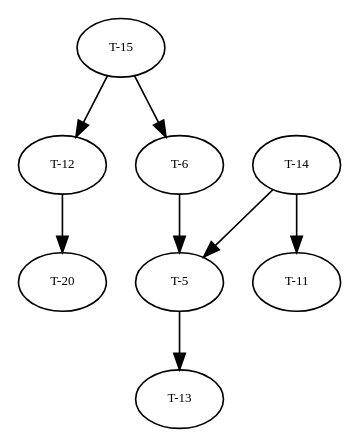
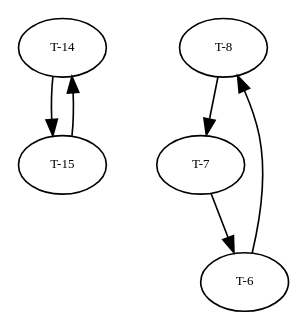
One commit to amso100/livescript-declarations changed the diagram in graphs/dg.dot. Above: the diagram before and after it, drawn with Graphviz. The commit also changed 6 other files, not shown here.

```diff
--- a/graphs/dg.dot
+++ b/graphs/dg.dot
@@ -1,69 +1,46 @@
 digraph RGL__DirectedAdjacencyGraph {
-    "T-12" [
+    "T-14" [
         fontsize = 8,
-        label = "T-12"
-    ]
-
-    "T-20" [
-        fontsize = 8,
-        label = "T-20"
+        label = "T-14"
     ]
 
     "T-15" [
         fontsize = 8,
         label = "T-15"
     ]
 
-    "T-14" [
+    "T-8" [
         fontsize = 8,
-        label = "T-14"
+        label = "T-8"
     ]
 
-    "T-11" [
+    "T-7" [
         fontsize = 8,
-        label = "T-11"
-    ]
-
-    "T-5" [
-        fontsize = 8,
-        label = "T-5"
-    ]
-
-    "T-13" [
-        fontsize = 8,
-        label = "T-13"
+        label = "T-7"
     ]
 
     "T-6" [
         fontsize = 8,
         label = "T-6"
     ]
 
-    "T-12" -> "T-20" [
+    "T-14" -> "T-15" [
         fontsize = 8
     ]
 
-    "T-15" -> "T-12" [
+    "T-15" -> "T-14" [
         fontsize = 8
     ]
 
-    "T-15" -> "T-6" [
+    "T-8" -> "T-7" [
         fontsize = 8
     ]
 
-    "T-14" -> "T-11" [
+    "T-7" -> "T-6" [
         fontsize = 8
     ]
 
-    "T-14" -> "T-5" [
-        fontsize = 8
-    ]
-
-    "T-5" -> "T-13" [
-        fontsize = 8
-    ]
-
-    "T-6" -> "T-5" [
+    "T-6" -> "T-8" [
         fontsize = 8
     ]
 }
```
